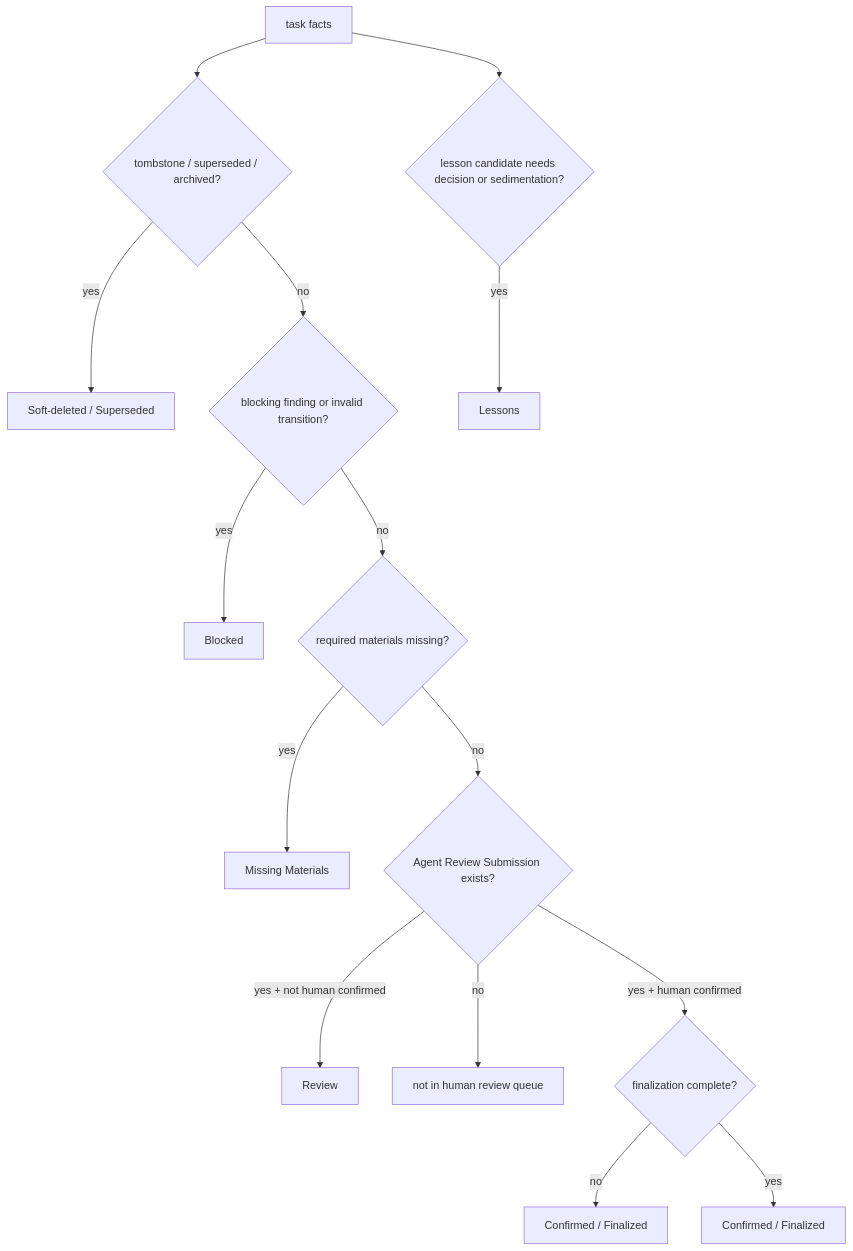
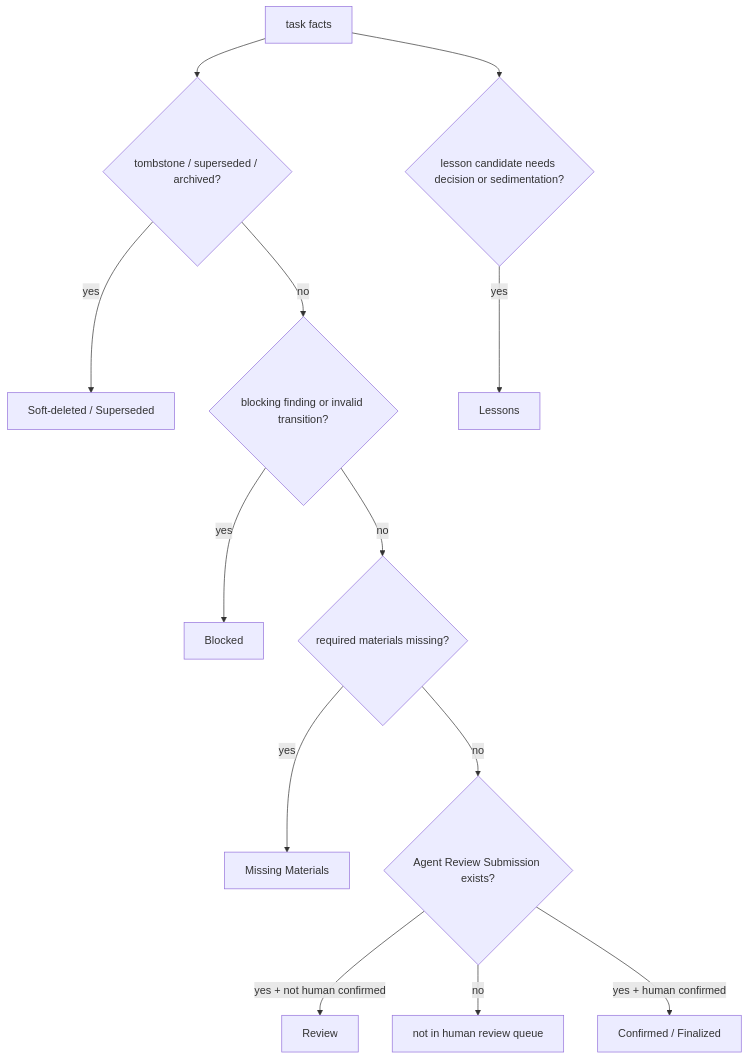
Before and after one commit to FairladyZ625/coding-agent-harness: the third of 4 diagrams in docs-release/guides/task-state-machine.en-US.md, drawn with Mermaid. The commit also changed other lines of this file and 21 other files, not shown here.

````diff
--- a/docs-release/guides/task-state-machine.en-US.md
+++ b/docs-release/guides/task-state-machine.en-US.md
@@ -125,18 +125,16 @@
 ```mermaid
 flowchart TD
   Task["task facts"]
   Task --> Deleted{"tombstone / superseded / archived?"}
   Deleted -->|yes| QDeleted["Soft-deleted / Superseded"]
   Deleted -->|no| Blocker{"blocking finding or invalid transition?"}
   Blocker -->|yes| QBlocked["Blocked"]
   Blocker -->|no| Missing{"required materials missing?"}
   Missing -->|yes| QMissing["Missing Materials"]
   Missing -->|no| Submitted{"Agent Review Submission exists?"}
   Submitted -->|yes + not human confirmed| QReview["Review"]
   Submitted -->|no| Out["not in human review queue"]
-  Submitted -->|yes + human confirmed| Confirmed{"finalization complete?"}
-  Confirmed -->|no| QConfirmed["Confirmed / Finalized"]
-  Confirmed -->|yes| QFinal["Confirmed / Finalized"]
+  Submitted -->|yes + human confirmed| QFinal["Confirmed / Finalized"]
   Task --> Lessons{"lesson candidate needs decision or sedimentation?"}
   Lessons -->|yes| QLessons["Lessons"]
 ```
````
